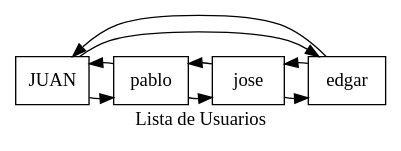
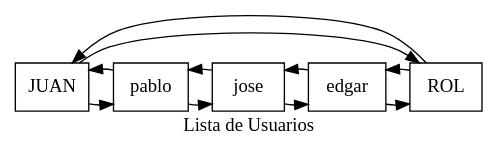
Before and after one commit to EdgarAlvarez-ROL/-EDD_2S-BatallaNaval_202001144: the diagram in Pruebas Cpp/Usuarios.dot, drawn with Graphviz. The commit also changed 9 other files, not shown here.

```diff
--- a/Pruebas Cpp/Usuarios.dot
+++ b/Pruebas Cpp/Usuarios.dot
@@ -1,22 +1,23 @@
 
 
 
 
 
 digraph G {
 label="Lista de Usuarios";
 node [shape=box];
 //agregar nodos
 UJUAN[label="JUAN"];
 Upablo[label="pablo"];
 Ujose[label="jose"];
 Uedgar[label="edgar"];
+UROL[label="ROL"];
 //Enlazar imagenes
 {rank=same;
-UJUAN->Upablo->Ujose->Uedgar
-Uedgar->Ujose->Upablo->UJUAN
-UJUAN->Uedgar
-Uedgar->UJUAN
+UJUAN->Upablo->Ujose->Uedgar->UROL
+UROL->Uedgar->Ujose->Upablo->UJUAN
+UJUAN->UROL
+UROL->UJUAN
 
 }
 }
```
